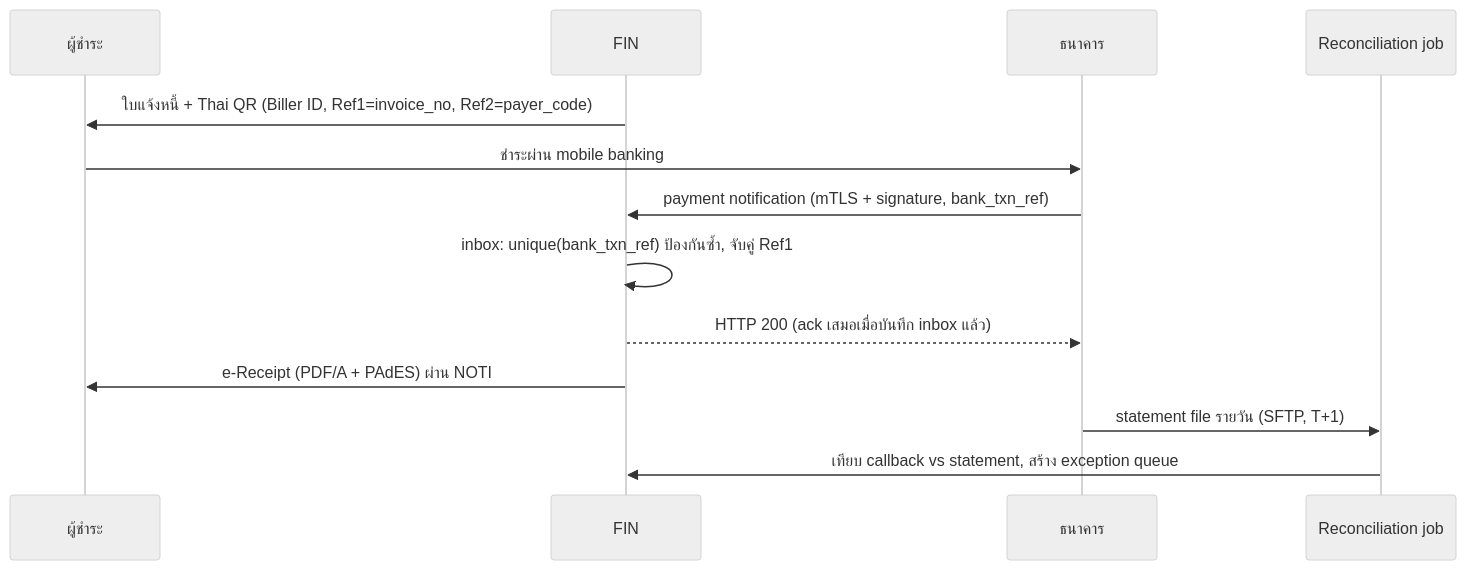
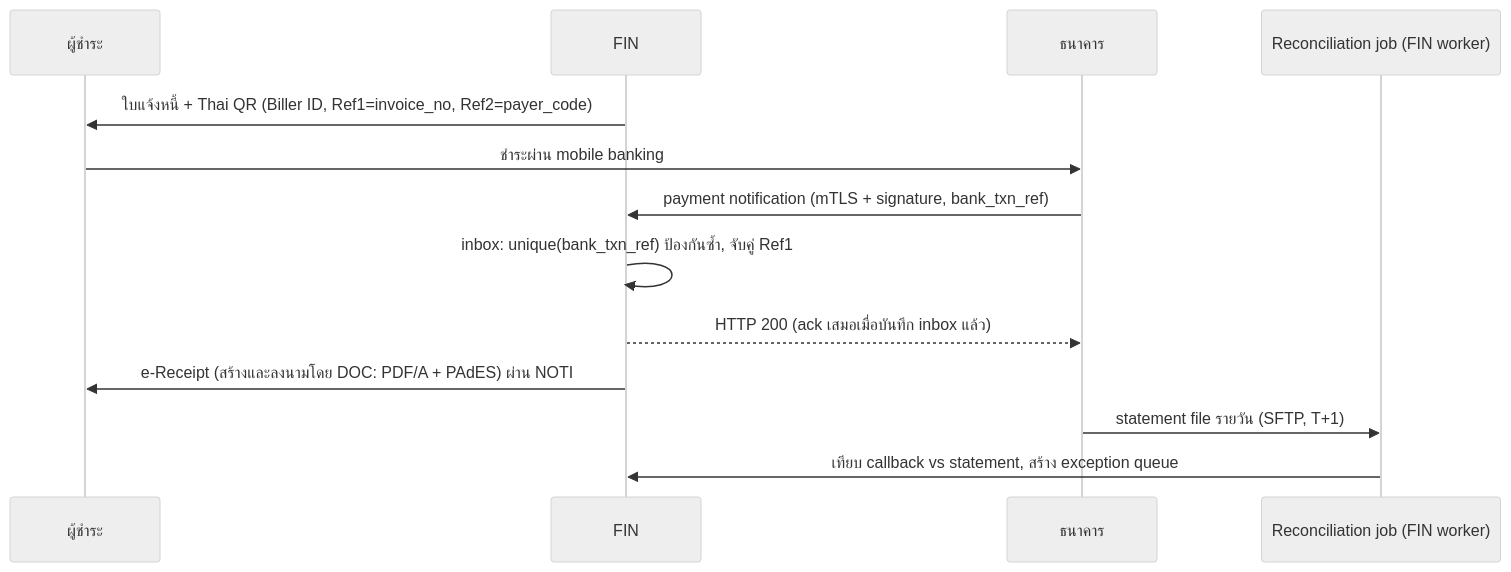
The second of 3 diagrams in tnsu-system/docs/09-integrations.md (Ruttanachote/Ai), drawn with Mermaid (neutral theme) before and after one commit. The commit also changed other lines of this file and 7 other files, not shown here.

````diff
--- a/tnsu-system/docs/09-integrations.md
+++ b/tnsu-system/docs/09-integrations.md
@@ -225,15 +241,15 @@
 ```mermaid
 sequenceDiagram
   participant S as ผู้ชำระ
   participant FIN as FIN
   participant BANK as ธนาคาร
-  participant REC as Reconciliation job
+  participant RCN as Reconciliation job (FIN worker)
   FIN->>S: ใบแจ้งหนี้ + Thai QR (Biller ID, Ref1=invoice_no, Ref2=payer_code)
   S->>BANK: ชำระผ่าน mobile banking
   BANK->>FIN: payment notification (mTLS + signature, bank_txn_ref)
   FIN->>FIN: inbox: unique(bank_txn_ref) ป้องกันซ้ำ, จับคู่ Ref1
   FIN-->>BANK: HTTP 200 (ack เสมอเมื่อบันทึก inbox แล้ว)
-  FIN->>S: e-Receipt (PDF/A + PAdES) ผ่าน NOTI
-  BANK->>REC: statement file รายวัน (SFTP, T+1)
-  REC->>FIN: เทียบ callback vs statement, สร้าง exception queue
+  FIN->>S: e-Receipt (สร้างและลงนามโดย DOC: PDF/A + PAdES) ผ่าน NOTI
+  BANK->>RCN: statement file รายวัน (SFTP, T+1)
+  RCN->>FIN: เทียบ callback vs statement, สร้าง exception queue
 ```
````
